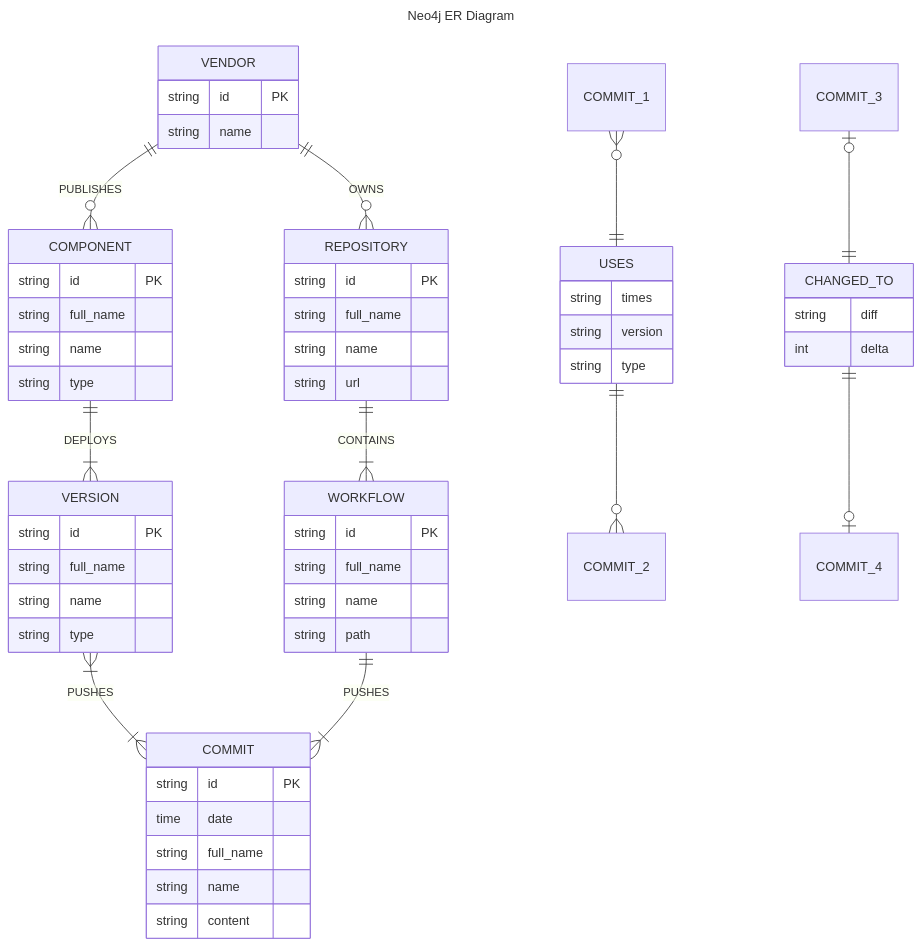
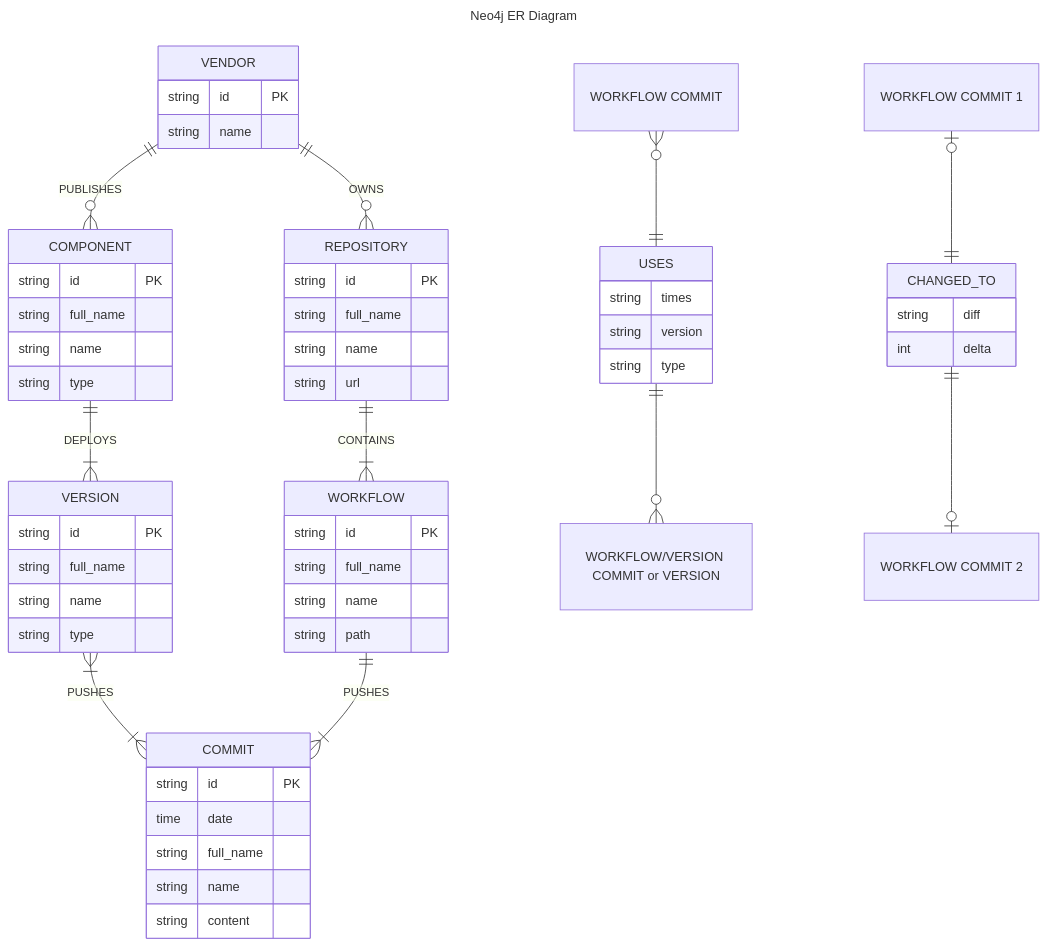
The diagram in docs/neo4j/er.mmd (aegis-forge/kleio), drawn with Mermaid before and after one commit. The commit also changed 18 other files, not shown here.

```diff
--- a/docs/neo4j/er.mmd
+++ b/docs/neo4j/er.mmd
@@ -1,76 +1,76 @@
 ---
 title: Neo4j ER Diagram
 ---
 erDiagram
     %% VULNERABILITY {
     %%     string id PK
     %%     string cwe
     %%     string cve
     %%     string cvss
     %%     string severity
     %% }
 
     VERSION {
         string id PK
         string full_name
         string name
         string type
     }
 
     COMPONENT {
         string id PK
         string full_name
         string name
         string type
     }
 
     COMMIT {
         string id PK
         time date
         string full_name
         string name
         string content
     }
 
     WORKFLOW {
         string id PK
         string full_name
         string name
         string path
     }
 
     REPOSITORY {
         string id PK
         string full_name
         string name
         string url
     }
 
     VENDOR {
         string id PK
         string name
     }
 
     %% COMMIT }|--o{ VULNERABILITY : HAS
     VERSION }|--|{ COMMIT : PUSHES
     COMPONENT ||--|{ VERSION : DEPLOYS
     WORKFLOW ||--|{ COMMIT : PUSHES
     REPOSITORY ||--|{ WORKFLOW : CONTAINS
     VENDOR ||--o{ REPOSITORY : OWNS
     VENDOR ||--o{ COMPONENT : PUBLISHES
 
     USES {
         string times
         string version
         string type
     }
 
     CHANGED_TO {
         string diff
         int delta
     }
 
-    COMMIT_1 }o--|| USES : ""
-    USES ||--o{ COMMIT_2 : ""
-    COMMIT_3 |o--|| CHANGED_TO : ""
-    CHANGED_TO ||--o| COMMIT_4 : ""
+    "WORKFLOW COMMIT" }o--|| USES : ""
+    USES ||--o{ "WORKFLOW/VERSION COMMIT or VERSION" : ""
+    "WORKFLOW COMMIT 1" |o--|| CHANGED_TO : ""
+    CHANGED_TO ||--o| "WORKFLOW COMMIT 2" : ""
```
